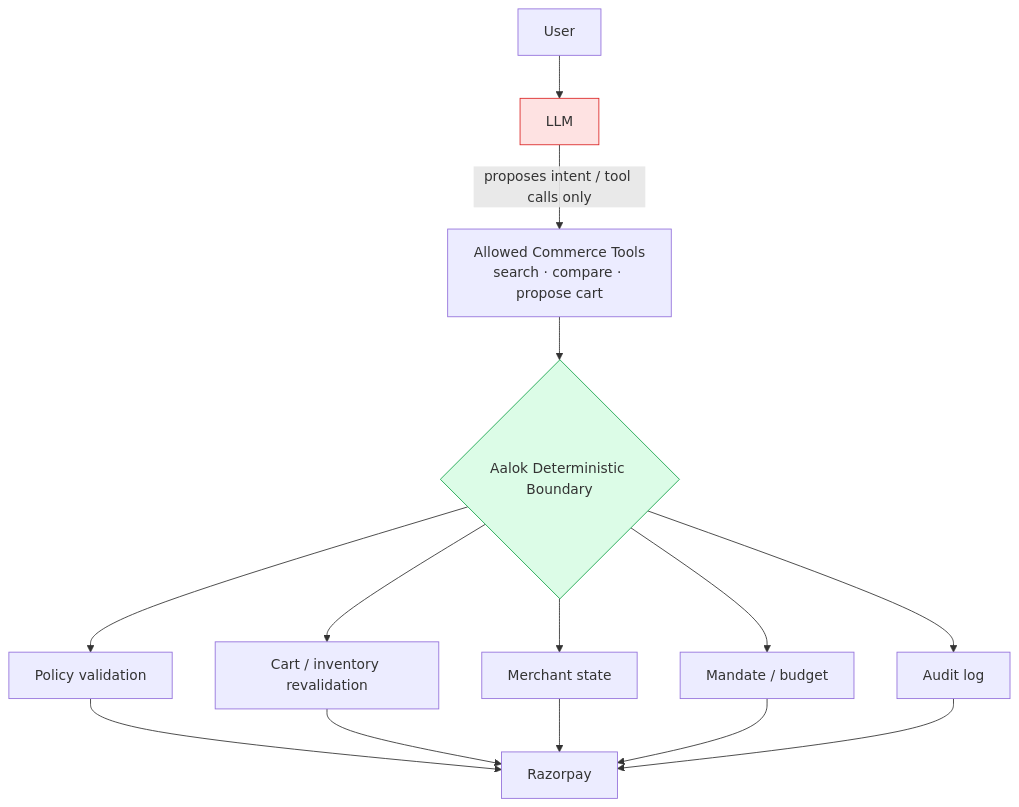
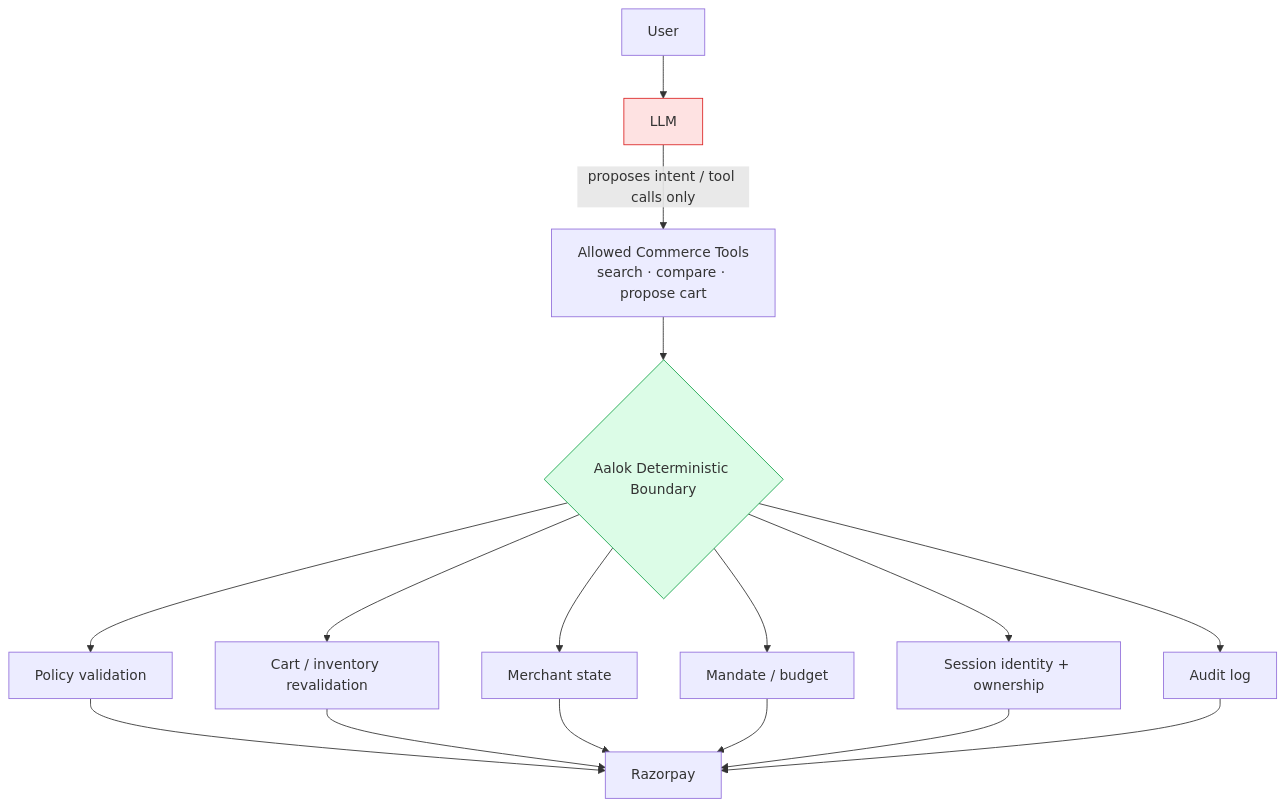
Before and after one commit to kanishkasalgude/Aalok: the second of 2 diagrams in README.md, drawn with Mermaid. The commit also changed other lines of this file and 41 other files, not shown here.

First line of the commit message:
Buildathon hardening: session auth, currency fix, Razorpay proof, demo panel

````diff
--- a/README.md
+++ b/README.md
@@ -300,15 +297,16 @@
 ```mermaid
 flowchart TD
     U[User] --> L[LLM]
     L -->|proposes intent / tool calls only| T[Allowed Commerce Tools<br/>search · compare · propose cart]
     T --> B{Aalok Deterministic Boundary}
     B --> P1[Policy validation]
     B --> P2[Cart / inventory revalidation]
     B --> P3[Merchant state]
     B --> P4[Mandate / budget]
-    B --> P5[Audit log]
-    P1 & P2 & P3 & P4 & P5 --> R[Razorpay]
+    B --> P5[Session identity + ownership]
+    B --> P6[Audit log]
+    P1 & P2 & P3 & P4 & P5 & P6 --> R[Razorpay]
 
     style L fill:#FEE2E2,stroke:#DC2626
     style B fill:#DCFCE7,stroke:#16A34A
 ```
````
